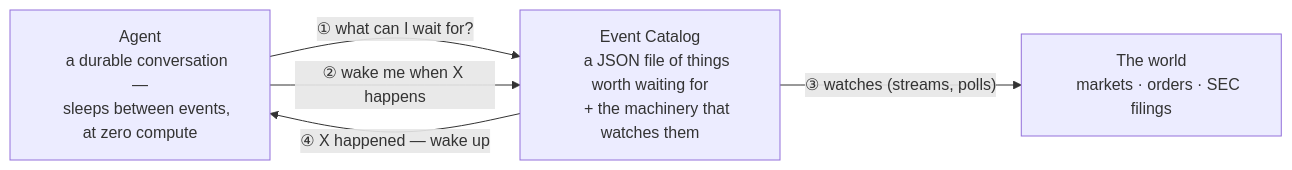
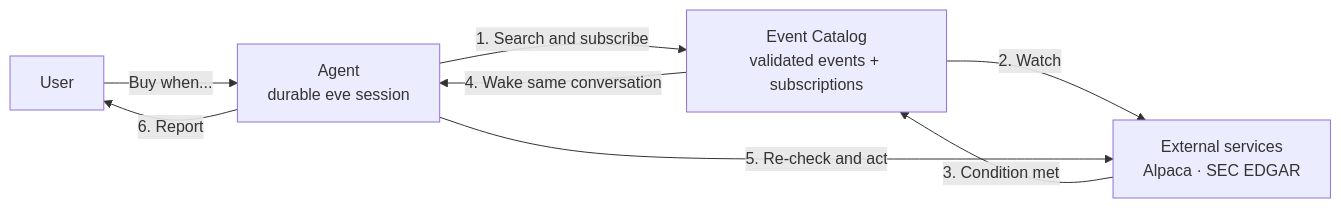
One commit to pcomans/eve-event-catalog changed the diagram in README.md. Above: the diagram before and after it, drawn with Mermaid. The commit also changed other lines of this file and 1 other file, not shown here.

First line of the commit message:
Adopt approachable README as official; move technical deep-dive to docs/architecture.md

````diff
--- a/README.md
+++ b/README.md
@@ -28,16 +33,10 @@
 ```mermaid
 flowchart LR
-    A["Agent
-    a durable conversation —
-    sleeps between events, at zero compute"]
-    C["Event Catalog
-    a JSON file of things worth waiting for
-    + the machinery that watches them"]
-    W["The world
-    markets · orders · SEC filings"]
-
-    A -->|"① what can I wait for?"| C
-    A -->|"② wake me when X happens"| C
-    C -->|"③ watches (streams, polls)"| W
-    C -->|"④ X happened — wake up"| A
+    U["User"] -->|"Buy when..."| A["Agent<br/>durable eve session"]
+    A -->|"1. Search and subscribe"| C["Event Catalog<br/>validated events + subscriptions"]
+    C -->|"2. Watch"| P["External services<br/>Alpaca · SEC EDGAR"]
+    P -->|"3. Condition met"| C
+    C -->|"4. Wake same conversation"| A
+    A -->|"5. Re-check and act"| P
+    A -->|"6. Report"| U
 ```
````
